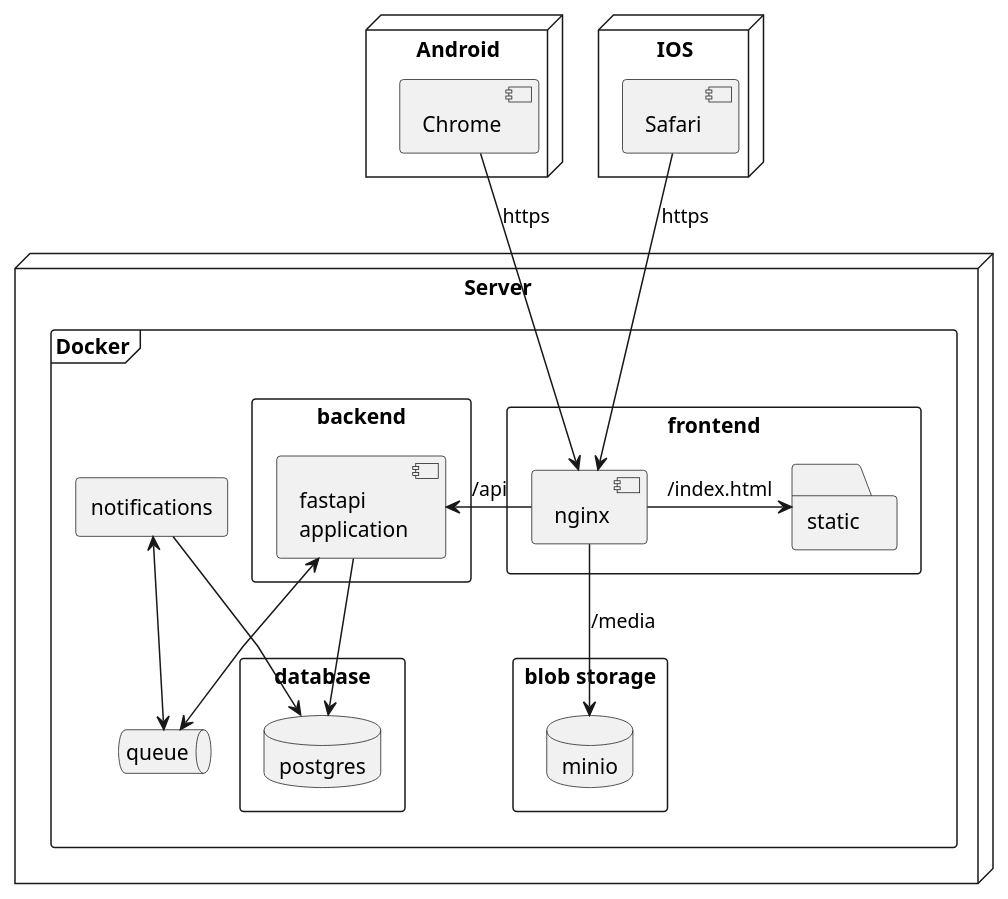
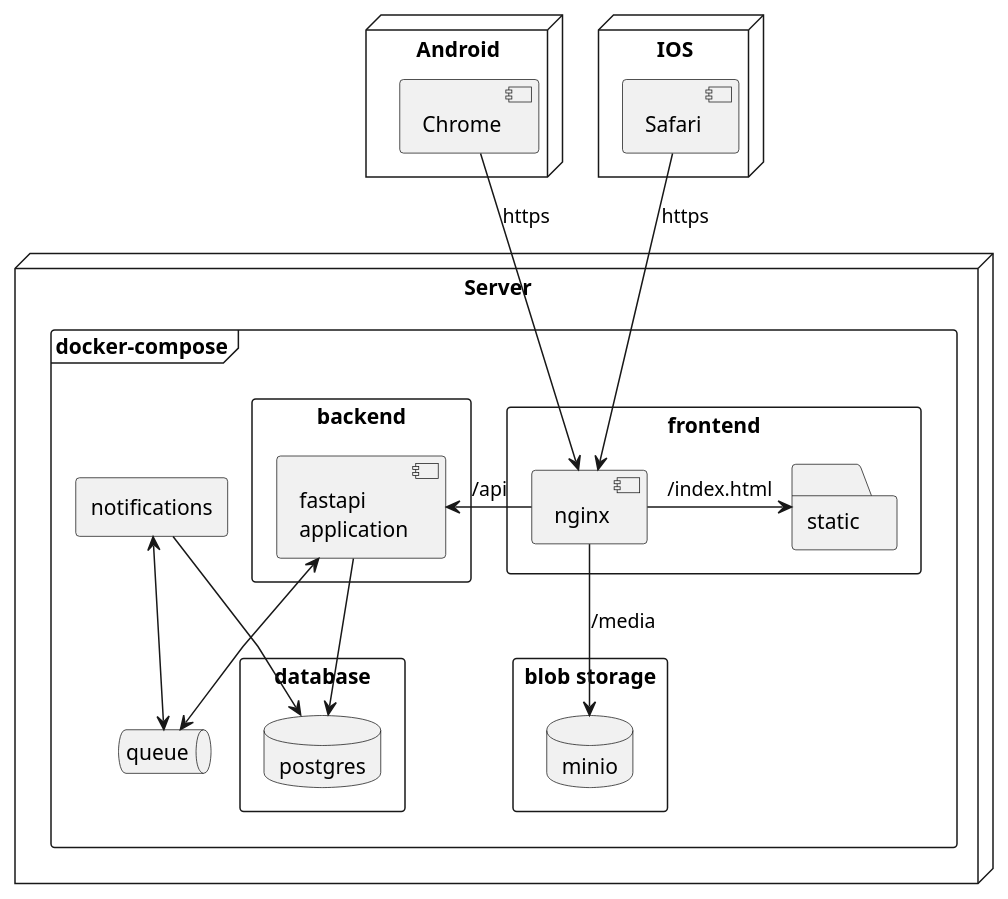
The diagram in deployment.puml (kluchi/diagrams), drawn with PlantUML before and after one commit.

Commit message:
mention docker-compose

```diff
--- a/deployment.puml
+++ b/deployment.puml
@@ -1,79 +1,79 @@
 @startuml deployment
 
 'left to right direction
 
 'skinparam linetype ortho
 skinparam linetype polyline
 
 skinparam nodesep 25
 skinparam ranksep 20
 
 
 node Server {
-    frame Docker {
+    frame "docker-compose" {
         rectangle frontend {
             component nginx {
 
             }
             folder static {
 
             }
         }
 
         rectangle backend {
             component api_server [fastapi 
             application]
         }
 
         queue queue {
 
         }
 
         rectangle notifications {
 
         }
 
         rectangle database {
             database postgres
         }
 
         rectangle "blob storage" as blob {
             database minio
         }
     }
 }
 
 
 
 node Android as andoid {
     component Chrome {
 
     }
 }
 
 node IOS as ios {
     component Safari {
 
     }
 }
 
 
 
 
 nginx -l-> api_server : /api
 nginx -r-> static : /index.html
 
 nginx -d-> minio : /media
 
 
 api_server --> postgres
 api_server <--> queue
 
 notifications <--> queue
 notifications --> postgres
 
 Safari --> nginx : https
 
 Chrome --> nginx : https
 
 @enduml
```
